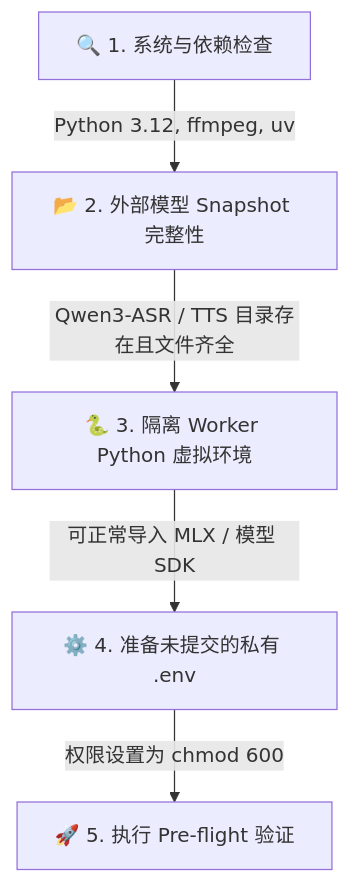
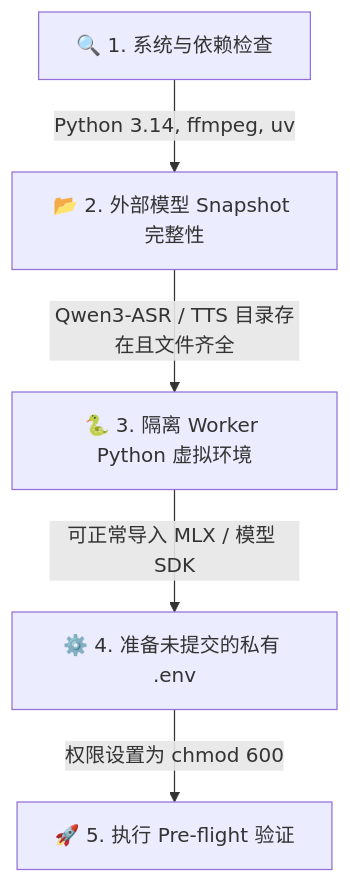
The first of 3 diagrams in docs/operations/operations-runbook.md (hrygo/SpeechRail), drawn with Mermaid before and after one commit. The commit also changed other lines of this file and 12 other files, not shown here.

````diff
--- a/docs/operations/operations-runbook.md
+++ b/docs/operations/operations-runbook.md
@@ -21,7 +21,7 @@
 ```mermaid
 graph TD
-    A[🔍 1. 系统与依赖检查] -->|Python 3.12, ffmpeg, uv| B[📂 2. 外部模型 Snapshot 完整性]
+    A[🔍 1. 系统与依赖检查] -->|Python 3.14, ffmpeg, uv| B[📂 2. 外部模型 Snapshot 完整性]
     B -->|Qwen3-ASR / TTS 目录存在且文件齐全| C[🐍 3. 隔离 Worker Python 虚拟环境]
     C -->|可正常导入 MLX / 模型 SDK| D[⚙️ 4. 准备未提交的私有 .env]
     D -->|权限设置为 chmod 600| E[🚀 5. 执行 Pre-flight 验证]
 ```
````
